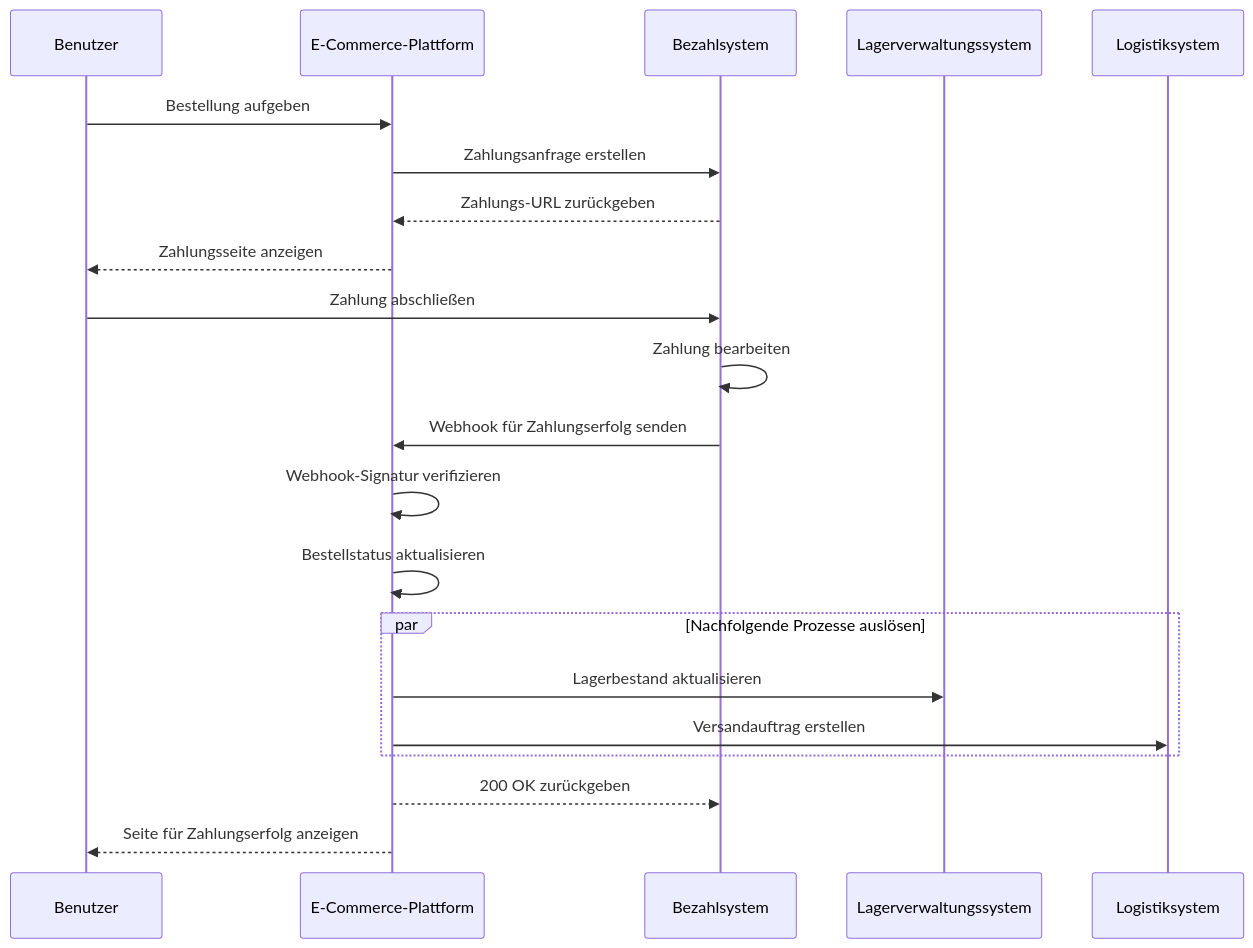
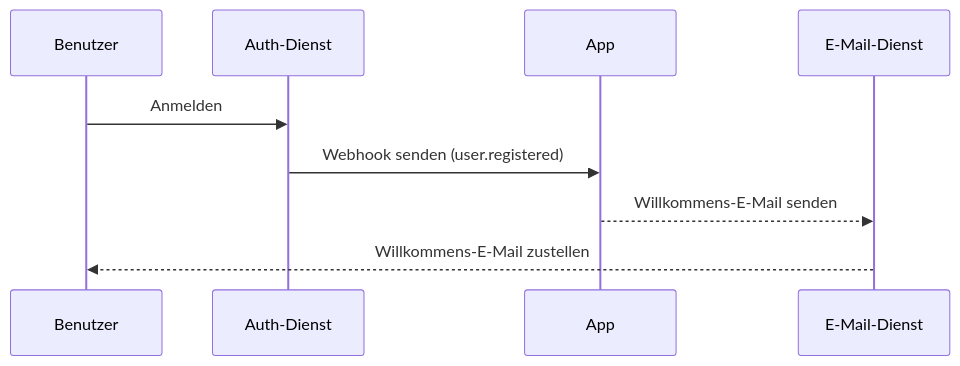
Before and after one commit to logto-io/auth-wiki: the second of 2 diagrams in src/content/terms/de/webhook.mdx, drawn with Mermaid. The commit also changed other lines of this file and 98 other files, not shown here.

````diff
--- a/src/content/terms/de/webhook.mdx
+++ b/src/content/terms/de/webhook.mdx
@@ -54,24 +60,12 @@
 ```mermaid
 sequenceDiagram
     participant Benutzer
-    participant E-Commerce-Plattform
-    participant Bezahlsystem
-    participant Lagerverwaltungssystem
-    participant Logistiksystem
-
-    Benutzer->>E-Commerce-Plattform: Bestellung aufgeben
-    E-Commerce-Plattform->>Bezahlsystem: Zahlungsanfrage erstellen
-    Bezahlsystem-->>E-Commerce-Plattform: Zahlungs-URL zurückgeben
-    E-Commerce-Plattform-->>Benutzer: Zahlungsseite anzeigen
-    Benutzer->>Bezahlsystem: Zahlung abschließen
-    Bezahlsystem->>Bezahlsystem: Zahlung bearbeiten
-    Bezahlsystem->>E-Commerce-Plattform: Webhook für Zahlungserfolg senden
-    E-Commerce-Plattform->>E-Commerce-Plattform: Webhook-Signatur verifizieren
-    E-Commerce-Plattform->>E-Commerce-Plattform: Bestellstatus aktualisieren
-    par Nachfolgende Prozesse auslösen
-        E-Commerce-Plattform->>Lagerverwaltungssystem: Lagerbestand aktualisieren
-        E-Commerce-Plattform->>Logistiksystem: Versandauftrag erstellen
-    end
-    E-Commerce-Plattform-->>Bezahlsystem: 200 OK zurückgeben
-    E-Commerce-Plattform-->>Benutzer: Seite für Zahlungserfolg anzeigen
+    participant Auth-Dienst
+    participant App
+    participant E-Mail-Dienst
+    
+    Benutzer->>Auth-Dienst: Anmelden
+    Auth-Dienst->>App: Webhook senden (user.registered)
+    App-->>E-Mail-Dienst: Willkommens-E-Mail senden
+    E-Mail-Dienst-->>Benutzer: Willkommens-E-Mail zustellen
 ```
````
